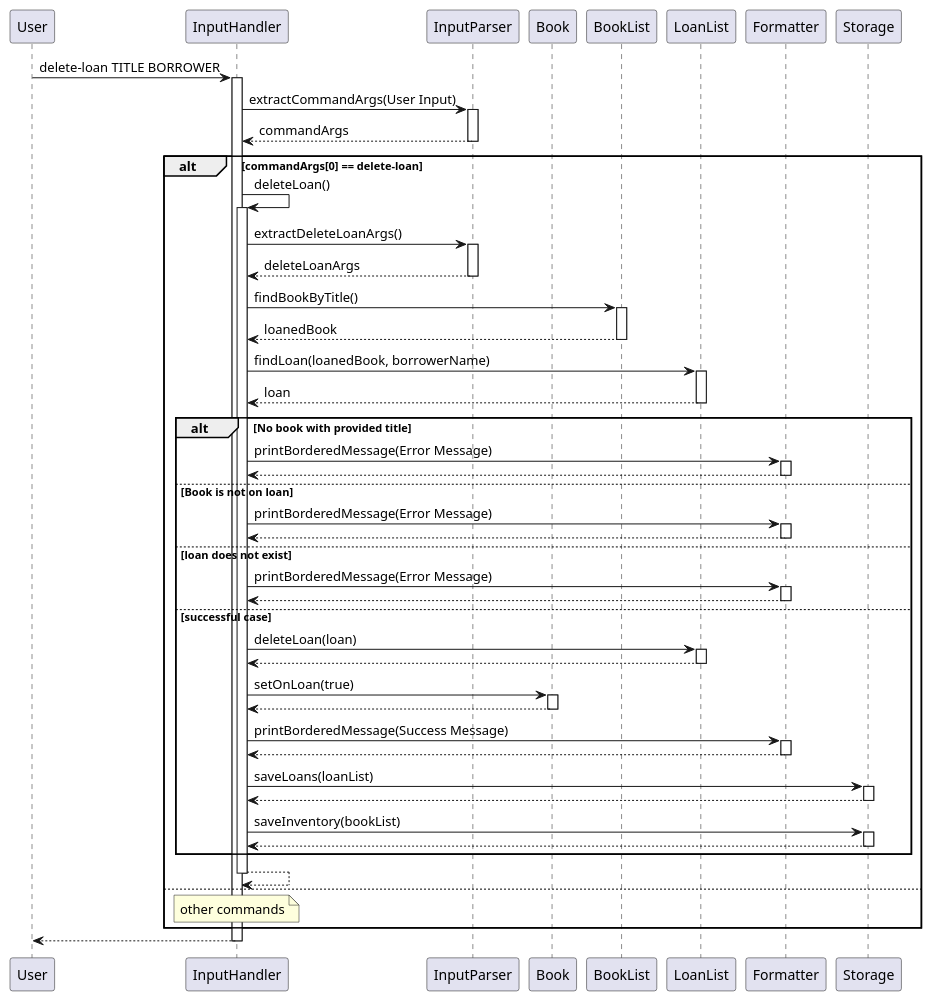
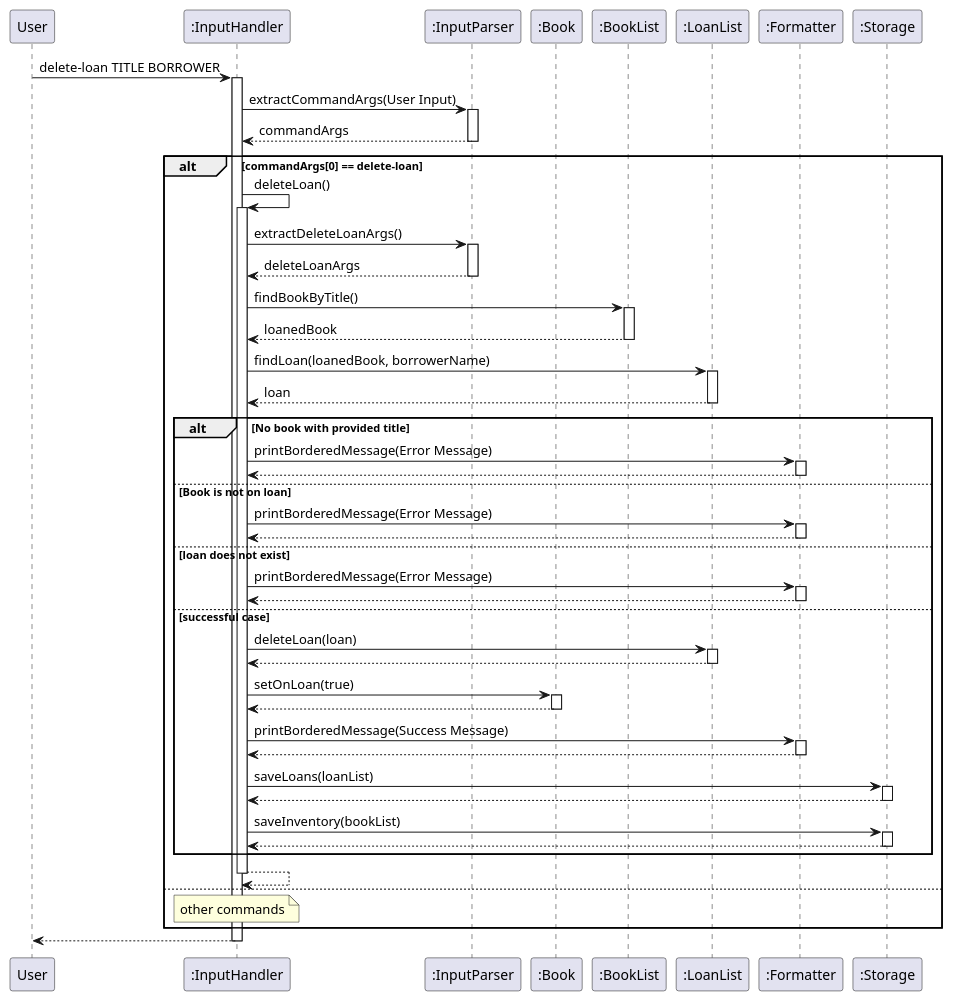
One commit to AY2425S2-CS2113-T12-2/tp changed the diagram in docs/diagrams/deleteLoan.puml. Above: the diagram before and after it, drawn with PlantUML. The commit also changed 19 other files, not shown here.

```diff
--- a/docs/diagrams/deleteLoan.puml
+++ b/docs/diagrams/deleteLoan.puml
@@ -1,50 +1,50 @@
 @startuml 
 autoactivate on
 participant User
-participant InputHandler
-participant InputParser
-participant Book
-participant BookList
-participant LoanList
-participant Formatter
-participant Storage 
+participant InputHandler as ":InputHandler"
+participant InputParser as ":InputParser"
+participant Book as ":Book"
+participant BookList as ":BookList"
+participant LoanList as ":LoanList"
+participant Formatter as ":Formatter"
+participant Storage as ":Storage"
 User -> InputHandler : delete-loan TITLE BORROWER
     InputHandler -> InputParser : extractCommandArgs(User Input)
     return commandArgs
 alt commandArgs[0] == delete-loan
     InputHandler -> InputHandler : deleteLoan()
     InputHandler -> InputParser : extractDeleteLoanArgs()
     return deleteLoanArgs 
     InputHandler -> BookList : findBookByTitle()
     return loanedBook 
     InputHandler -> LoanList : findLoan(loanedBook, borrowerName)
     return loan
 
     alt No book with provided title
         InputHandler -> Formatter : printBorderedMessage(Error Message)
         return
     else Book is not on loan
         InputHandler -> Formatter : printBorderedMessage(Error Message)
         return
     else loan does not exist 
         InputHandler -> Formatter : printBorderedMessage(Error Message)
         return
     else successful case
         InputHandler -> LoanList : deleteLoan(loan)
         return 
         InputHandler -> Book : setOnLoan(true)
         return 
         InputHandler -> Formatter : printBorderedMessage(Success Message)
         return
         InputHandler -> Storage : saveLoans(loanList)
         return
         InputHandler -> Storage : saveInventory(bookList)
         return
     end
     return
 
 else 
     note over InputHandler : other commands
 end
 return
 @enduml
```
